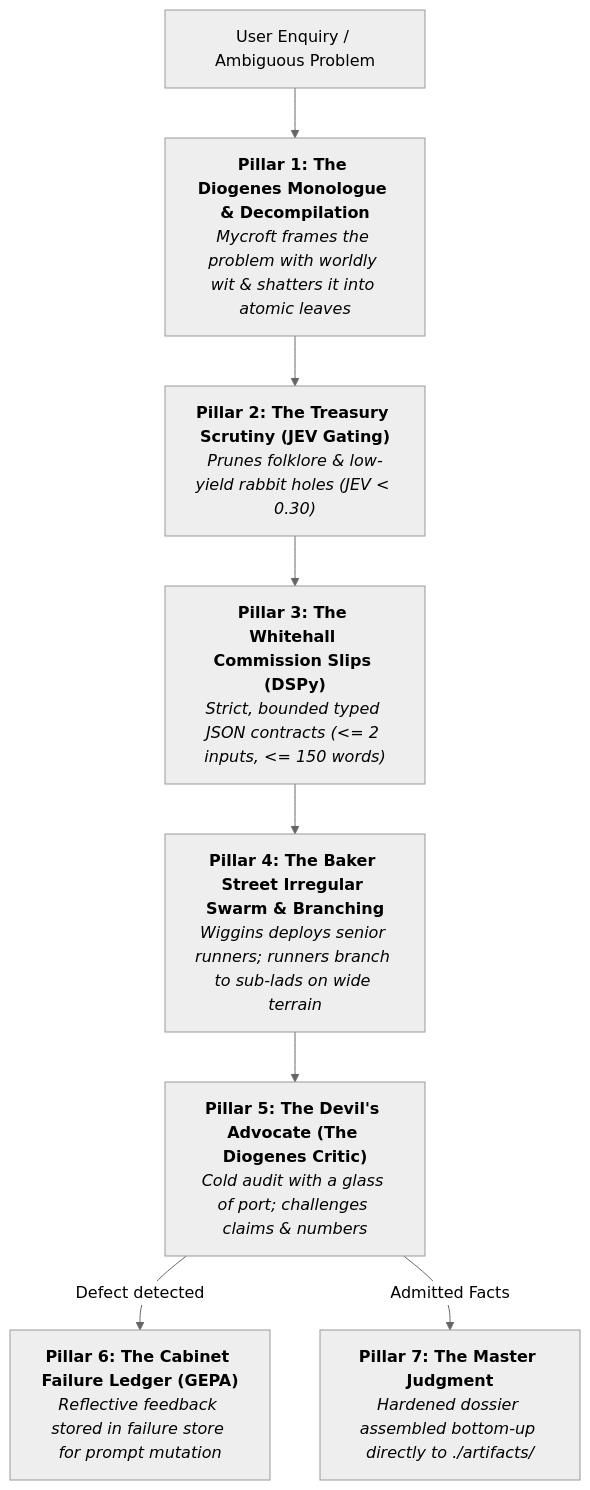
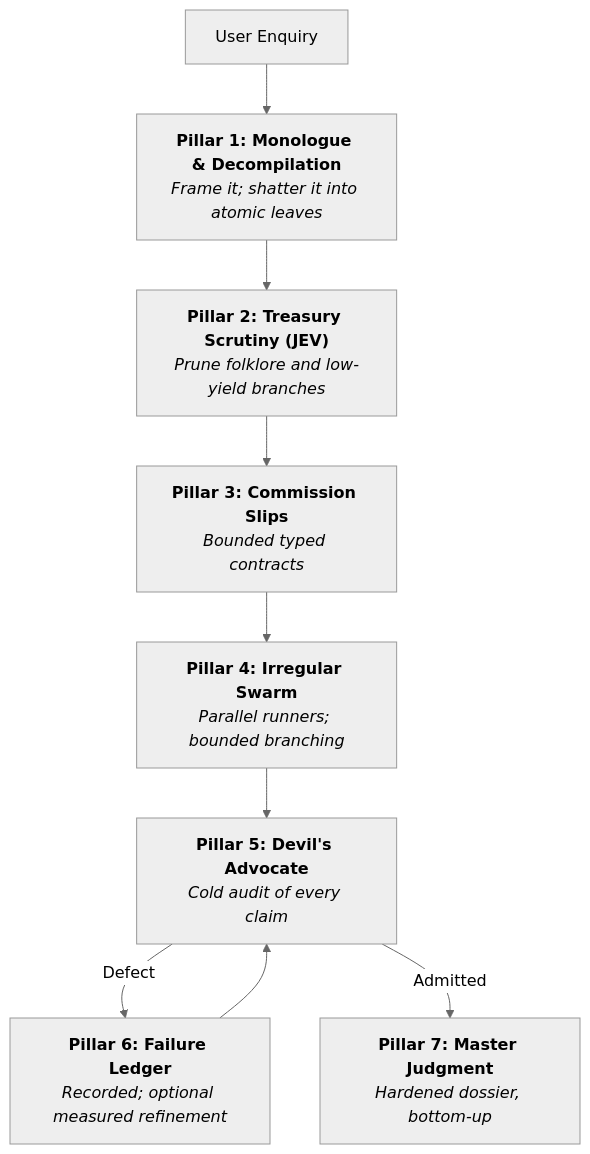
The diagram in skills/research/mycroft/SKILL.md (begosh/skills), drawn with Mermaid (neutral theme) before and after one commit. The commit also changed other lines of this file and 1 other file, not shown here.

First line of the commit message:
feat(mycroft): v3.4.0 host-agnostic SKILL.md, case sizing, and capability binding

````diff
--- a/skills/research/mycroft/SKILL.md
+++ b/skills/research/mycroft/SKILL.md
@@ -32,15 +73,11 @@
 ```mermaid
 flowchart TD
-    UserQuestion["User Enquiry / Ambiguous Problem"] --> Monologue["<b>Pillar 1: The Diogenes Monologue & Decompilation</b><br/><i>Mycroft frames the problem with worldly wit & shatters it into atomic leaves</i>"]
-    
-    Monologue --> JEV["<b>Pillar 2: The Treasury Scrutiny (JEV Gating)</b><br/><i>Prunes folklore & low-yield rabbit holes (JEV < 0.30)</i>"]
-    
-    JEV --> Whitehall["<b>Pillar 3: The Whitehall Commission Slips (DSPy)</b><br/><i>Strict, bounded typed JSON contracts (<= 2 inputs, <= 150 words)</i>"]
-    
-    Whitehall --> Swarm["<b>Pillar 4: The Baker Street Irregular Swarm & Branching</b><br/><i>Wiggins deploys senior runners; runners branch to sub-lads on wide terrain</i>"]
-    
-    Swarm --> Critic["<b>Pillar 5: The Devil's Advocate (The Diogenes Critic)</b><br/><i>Cold audit with a glass of port; challenges claims & numbers</i>"]
-    
-    Critic -->|Defect detected| GEPA["<b>Pillar 6: The Cabinet Failure Ledger (GEPA)</b><br/><i>Reflective feedback stored in failure store for prompt mutation</i>"]
-    Critic -->|Admitted Facts| Master["<b>Pillar 7: The Master Judgment</b><br/><i>Hardened dossier assembled bottom-up directly to ./artifacts/</i>"]
+    Q["User Enquiry"] --> P1["<b>Pillar 1: Monologue & Decompilation</b><br/><i>Frame it; shatter it into atomic leaves</i>"]
+    P1 --> P2["<b>Pillar 2: Treasury Scrutiny (JEV)</b><br/><i>Prune folklore and low-yield branches</i>"]
+    P2 --> P3["<b>Pillar 3: Commission Slips</b><br/><i>Bounded typed contracts</i>"]
+    P3 --> P4["<b>Pillar 4: Irregular Swarm</b><br/><i>Parallel runners; bounded branching</i>"]
+    P4 --> P5["<b>Pillar 5: Devil's Advocate</b><br/><i>Cold audit of every claim</i>"]
+    P5 -->|Defect| P6["<b>Pillar 6: Failure Ledger</b><br/><i>Recorded; optional measured refinement</i>"]
+    P5 -->|Admitted| P7["<b>Pillar 7: Master Judgment</b><br/><i>Hardened dossier, bottom-up</i>"]
+    P6 --> P5
 ```
````
